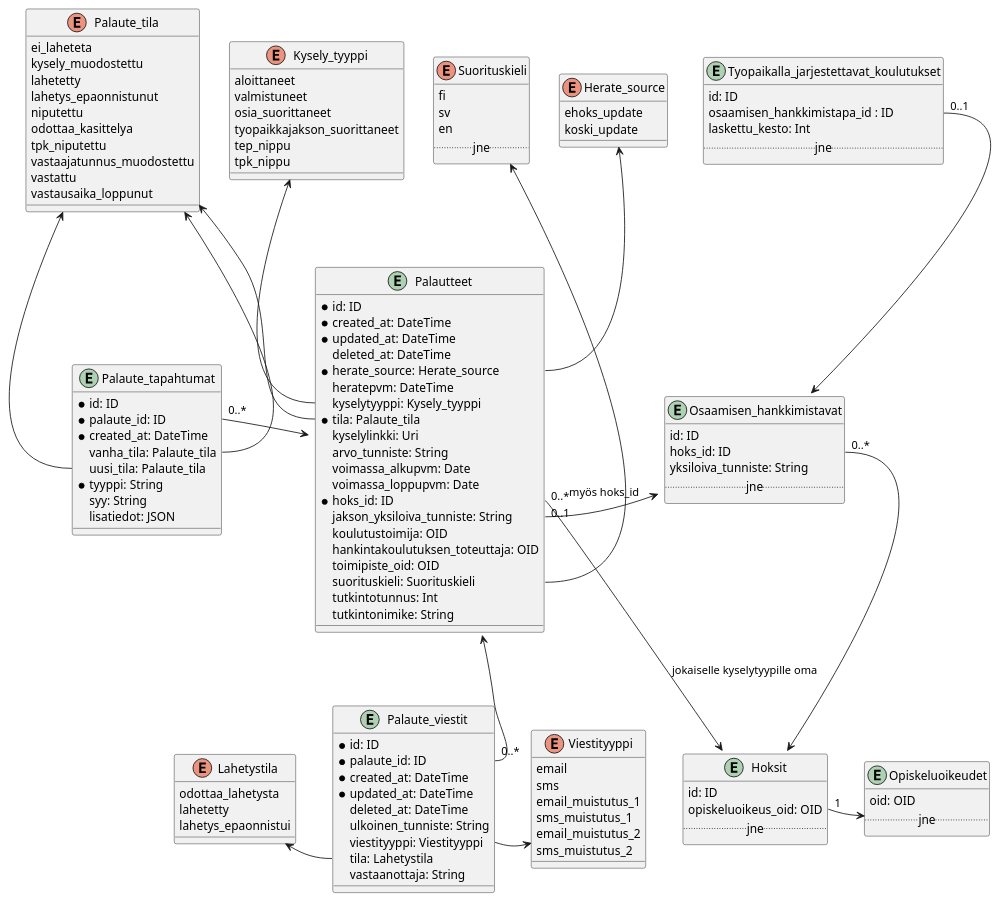
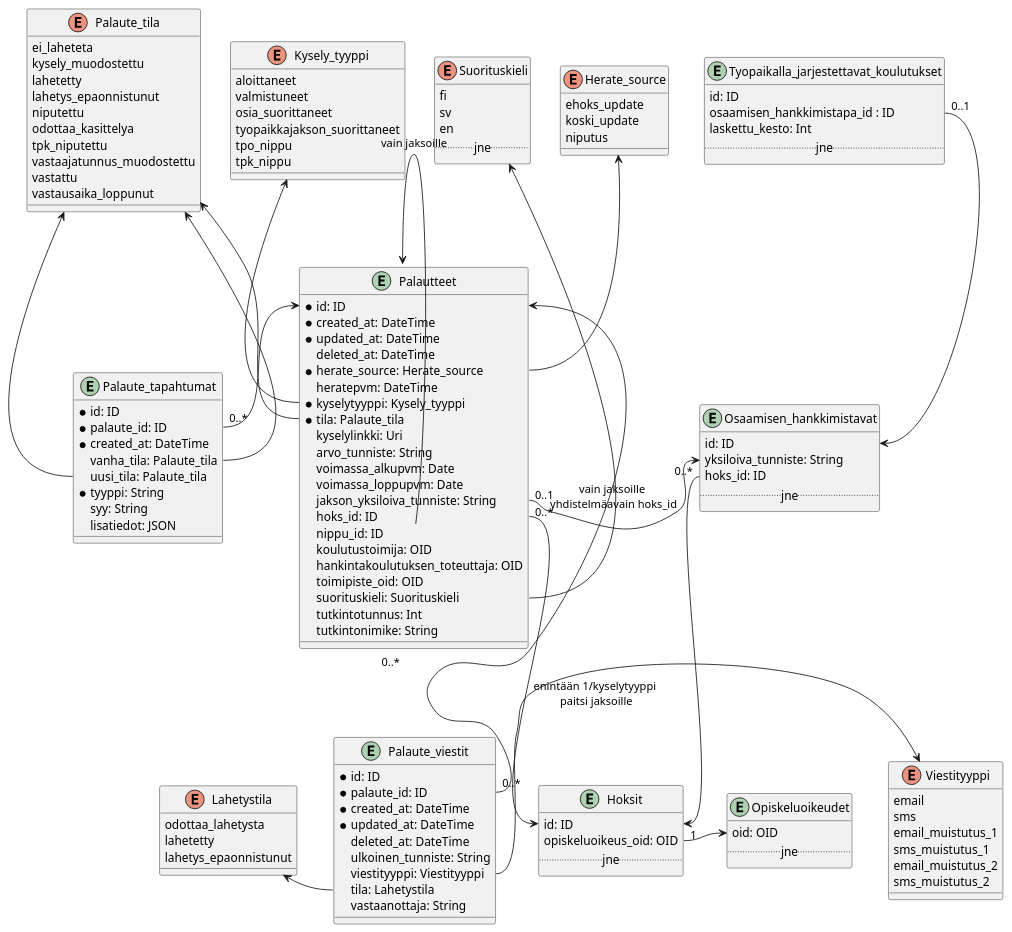
The diagram in doc/palaute-schema.puml (Opetushallitus/ehoks), drawn with PlantUML before and after one commit.

Commit message:
Niputuksen vaatimia kenttiä

```diff
--- a/doc/palaute-schema.puml
+++ b/doc/palaute-schema.puml
@@ -1,141 +1,144 @@
 @startuml
 entity Osaamisen_hankkimistavat {
   id: ID
+  yksiloiva_tunniste: String
   hoks_id: ID
-  yksiloiva_tunniste: String
   .. jne ..
 }
 
 entity Tyopaikalla_jarjestettavat_koulutukset {
   id: ID
   osaamisen_hankkimistapa_id : ID
   laskettu_kesto: Int
   .. jne ..
 }
 
 entity Hoksit {
   id: ID
   opiskeluoikeus_oid: OID
   .. jne ..
 }
 
 entity Opiskeluoikeudet {
   oid: OID
   .. jne ..
 }
 
-Tyopaikalla_jarjestettavat_koulutukset::osaamisen_hankkimistapa_id "0..1" --> Osaamisen_hankkimistavat
-Osaamisen_hankkimistavat::hoks_id "0..*" --> Hoksit
-Hoksit::opiskeluoikeus_oid "1" -> Opiskeluoikeudet
+Tyopaikalla_jarjestettavat_koulutukset::osaamisen_hankkimistapa_id "0..1" --> Osaamisen_hankkimistavat::id
+Osaamisen_hankkimistavat::hoks_id "0..*" --> Hoksit::id
+Hoksit::opiskeluoikeus_oid "1" -> Opiskeluoikeudet::oid
 
 enum Palaute_tila {
   ei_laheteta
   kysely_muodostettu
   lahetetty
   lahetys_epaonnistunut
   niputettu
   odottaa_kasittelya
   tpk_niputettu
   vastaajatunnus_muodostettu
   vastattu
   vastausaika_loppunut
 }
 
 enum Kysely_tyyppi {
   aloittaneet
   valmistuneet
   osia_suorittaneet
   tyopaikkajakson_suorittaneet
-  tep_nippu
+  tpo_nippu
   tpk_nippu
 }
 
 enum Suorituskieli {
   fi
   sv
   en
   .. jne ..
 }
 
 enum Herate_source {
   ehoks_update
   koski_update
+  niputus
 }
 
 enum Viestityyppi {
   email
   sms
   email_muistutus_1
   sms_muistutus_1
   email_muistutus_2
   sms_muistutus_2
 }
 
 enum Lahetystila {
   odottaa_lahetysta
   lahetetty
-  lahetys_epaonnistui
+  lahetys_epaonnistunut
 }
 
 entity Palautteet {
   * id: ID
   * created_at: DateTime
   * updated_at: DateTime
   deleted_at: DateTime
   * herate_source: Herate_source
   heratepvm: DateTime
-  kyselytyyppi: Kysely_tyyppi
+  * kyselytyyppi: Kysely_tyyppi
   * tila: Palaute_tila
   kyselylinkki: Uri
   arvo_tunniste: String
   voimassa_alkupvm: Date
   voimassa_loppupvm: Date
-  * hoks_id: ID
   jakson_yksiloiva_tunniste: String
+  hoks_id: ID
+  nippu_id: ID
   koulutustoimija: OID
   hankintakoulutuksen_toteuttaja: OID
   toimipiste_oid: OID
   suorituskieli: Suorituskieli
   tutkintotunnus: Int
   tutkintonimike: String
 }
 
 Herate_source <-- Palautteet::herate_source
 Kysely_tyyppi <-- Palautteet::kyselytyyppi
 Palaute_tila <-- Palautteet::tila
-Palautteet::hoks_id "0..*" -> Hoksit : jokaiselle kyselytyypille oma
-Palautteet::jakson_yksiloiva_tunniste "0..1" -> Osaamisen_hankkimistavat : myös hoks_id
+Palautteet::hoks_id "0..*" -> Hoksit::id : enintään 1/kyselytyyppi \npaitsi jaksoille
+Palautteet::jakson_yksiloiva_tunniste "0..1" -> Osaamisen_hankkimistavat::yksiloiva_tunniste : vain jaksoille \nyhdistelmäavain hoks_id
 Suorituskieli <-- Palautteet::suorituskieli
+Palautteet <-- "0..*" Palautteet::nippu_id : vain jaksoille
 
 entity Palaute_tapahtumat {
   * id: ID
   * palaute_id: ID
   * created_at: DateTime
   vanha_tila: Palaute_tila
   uusi_tila: Palaute_tila
   * tyyppi: String
   syy: String
   lisatiedot: JSON
 }
 
-Palaute_tapahtumat::palaute_id "0..*" -> Palautteet
+Palaute_tapahtumat::palaute_id "0..*" -> Palautteet::id
 Palaute_tila <-- Palaute_tapahtumat::vanha_tila
 Palaute_tila <-- Palaute_tapahtumat::uusi_tila
 
 entity Palaute_viestit {
   * id: ID
   * palaute_id: ID
   * created_at: DateTime
   * updated_at: DateTime
   deleted_at: DateTime
   ulkoinen_tunniste: String
   viestityyppi: Viestityyppi
   tila: Lahetystila
   vastaanottaja: String
 }
 
-Palautteet <-- "0..*" Palaute_viestit::palaute_id
+Palautteet::id <-- "0..*" Palaute_viestit::palaute_id
 Palaute_viestit::viestityyppi -> Viestityyppi
 Lahetystila <- Palaute_viestit::tila
 
 @enduml
```
